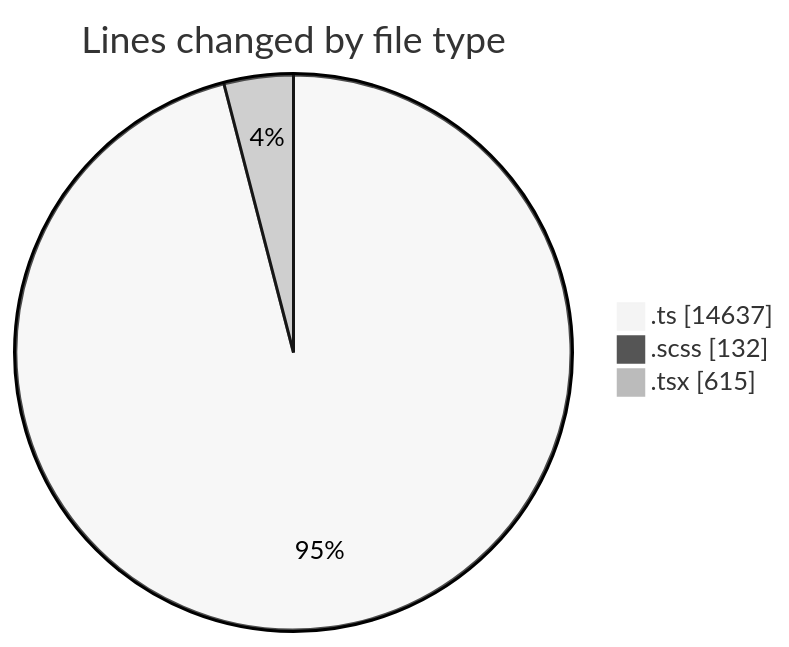
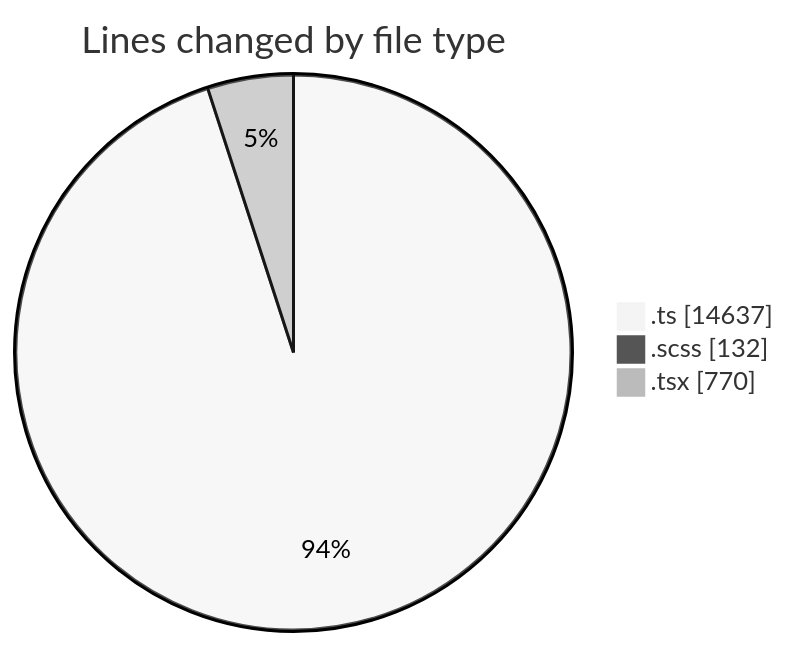
Before and after one commit to momahboobian/code-tracking: the first of 2 diagrams in 2025-08-27/cda/README.md, drawn with Mermaid (neutral theme). The commit also changed other lines of this file and 1 other file, not shown here.

````diff
--- a/2025-08-27/cda/README.md
+++ b/2025-08-27/cda/README.md
@@ -26,7 +26,7 @@
 ```mermaid
 pie showData
 title Lines changed by file type
 ".ts" : 14637
 ".scss" : 132
-".tsx" : 615
+".tsx" : 770
 ```
````
